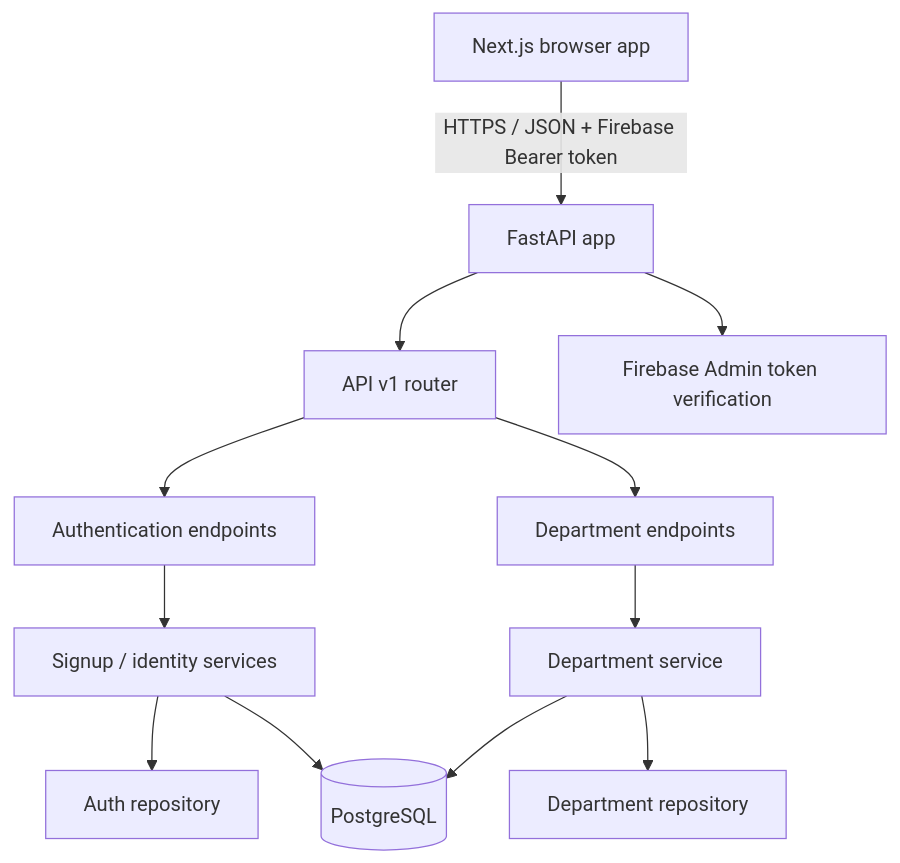
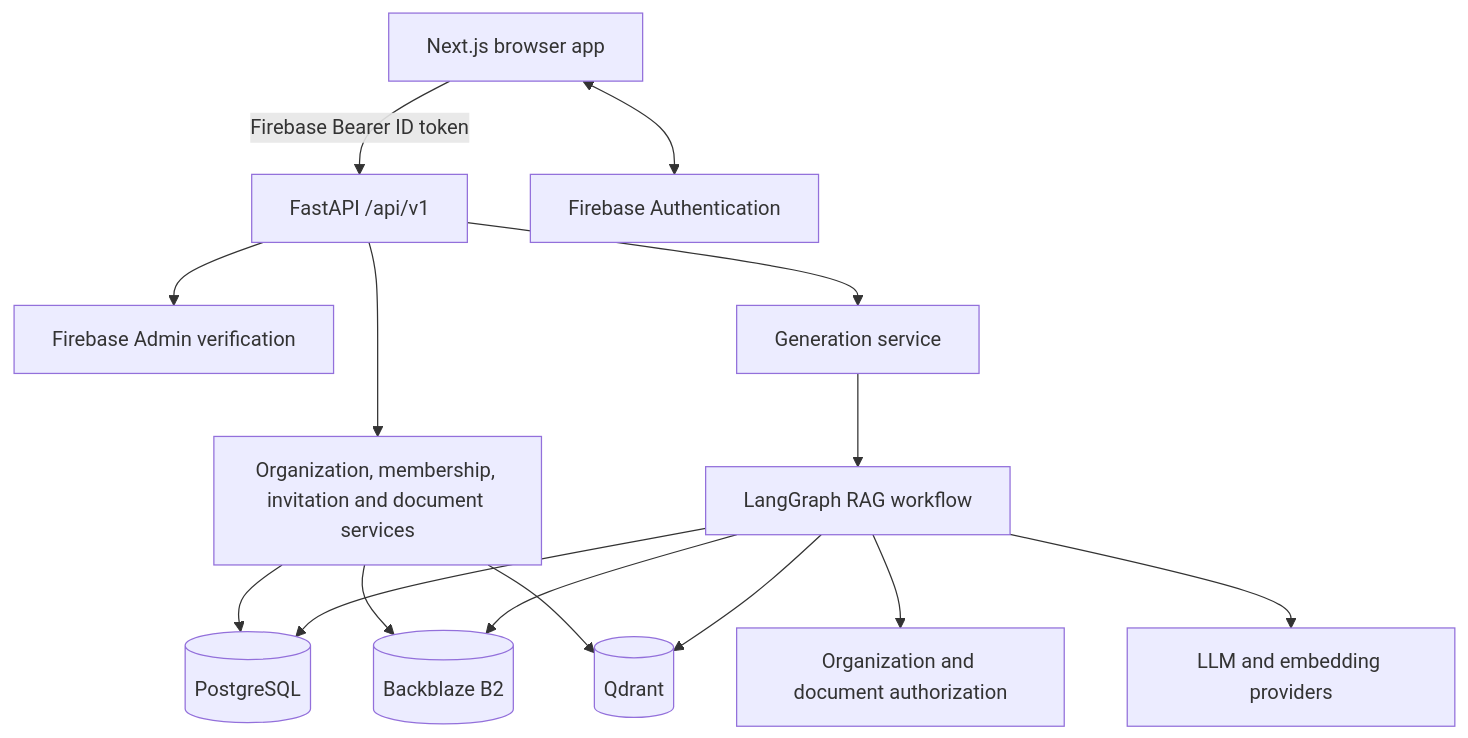
The diagram in docs/02-system-architecture.md (aasifmiya11/SaviraCortex-v0.1-Backend), drawn with Mermaid before and after one commit. The commit also changed other lines of this file and 27 other files, not shown here.

````diff
--- a/docs/02-system-architecture.md
+++ b/docs/02-system-architecture.md
@@ -14,14 +14,17 @@
 ```mermaid
 flowchart TD
-  Browser[Next.js browser app] -->|HTTPS / JSON + Firebase Bearer token| API[FastAPI app]
-  API --> Router[API v1 router]
-  Router --> Auth[Authentication endpoints]
-  Router --> Dept[Department endpoints]
-  Auth --> AuthSvc[Signup / identity services]
-  Dept --> DeptSvc[Department service]
-  AuthSvc --> AuthRepo[Auth repository]
-  DeptSvc --> DeptRepo[Department repository]
-  AuthSvc --> PG[(PostgreSQL)]
-  DeptSvc --> PG
-  API --> Firebase[Firebase Admin token verification]
+  Browser[Next.js browser app] -->|Firebase Bearer ID token| API[FastAPI /api/v1]
+  Browser <--> Firebase[Firebase Authentication]
+  API --> Verify[Firebase Admin verification]
+  API --> Domain[Organization, membership, invitation and document services]
+  Domain --> PG[(PostgreSQL)]
+  Domain --> B2[(Backblaze B2)]
+  Domain --> Qdrant[(Qdrant)]
+  API --> Generation[Generation service]
+  Generation --> RAG[LangGraph RAG workflow]
+  RAG --> Authz[Organization and document authorization]
+  RAG --> PG
+  RAG --> Qdrant
+  RAG --> LLM[LLM and embedding providers]
+  RAG --> B2
 ```
````
